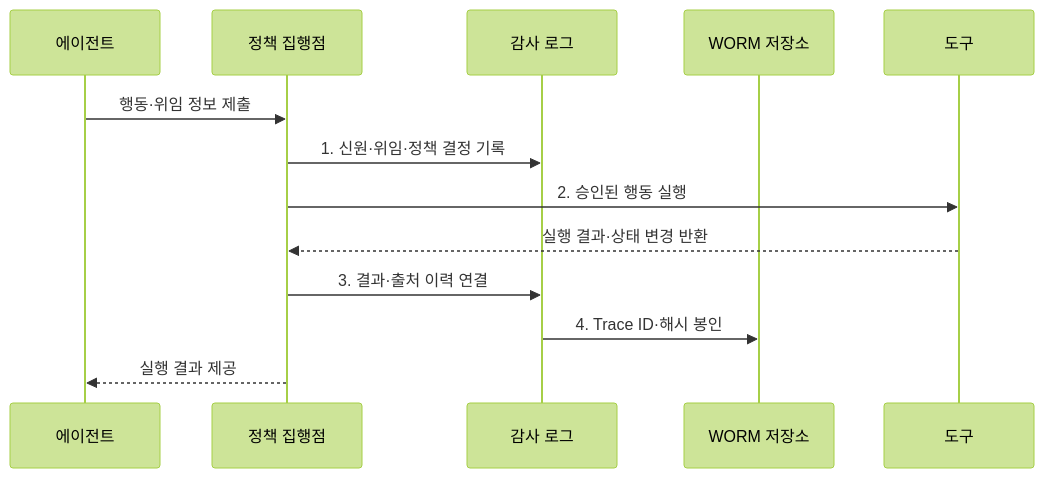
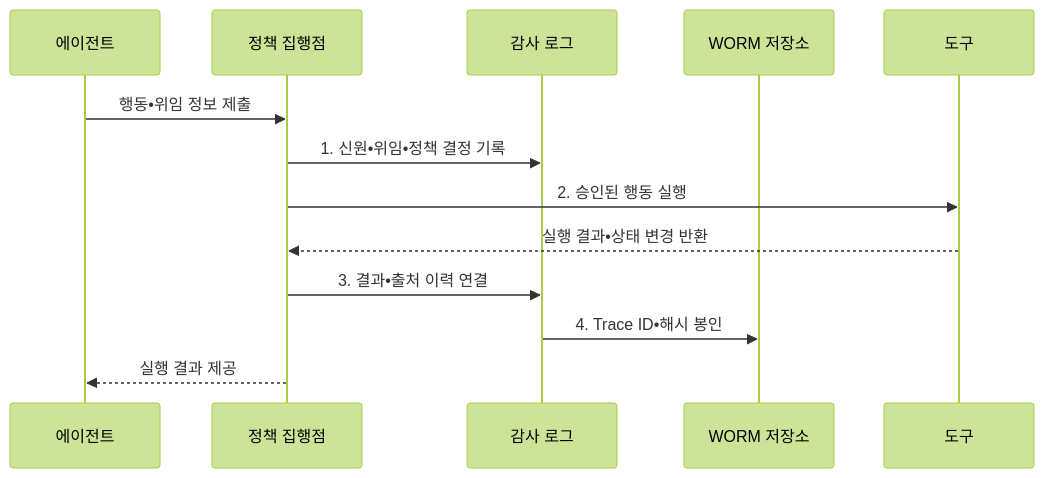
Before and after one commit to agnusdei1207/knowledge-base: the second of 2 diagrams in src/content/docs/notes/08-latest-tech/018_agent_audit_log.md, drawn with Mermaid (forest theme). The commit also changed other lines of this file and 953 other files, not shown here.

````diff
--- a/src/content/docs/notes/08-latest-tech/018_agent_audit_log.md
+++ b/src/content/docs/notes/08-latest-tech/018_agent_audit_log.md
@@ -101,15 +101,15 @@
 ```mermaid
 sequenceDiagram
     participant A as 에이전트
     participant P as 정책 집행점
     participant L as 감사 로그
     participant W as WORM 저장소
     participant T as 도구
-    A->>P: 행동·위임 정보 제출
-    P->>L: 1. 신원·위임·정책 결정 기록
+    A->>P: 행동•위임 정보 제출
+    P->>L: 1. 신원•위임•정책 결정 기록
     P->>T: 2. 승인된 행동 실행
-    T-->>P: 실행 결과·상태 변경 반환
-    P->>L: 3. 결과·출처 이력 연결
-    L->>W: 4. Trace ID·해시 봉인
+    T-->>P: 실행 결과•상태 변경 반환
+    P->>L: 3. 결과•출처 이력 연결
+    L->>W: 4. Trace ID•해시 봉인
     P-->>A: 실행 결과 제공
 ```
````
